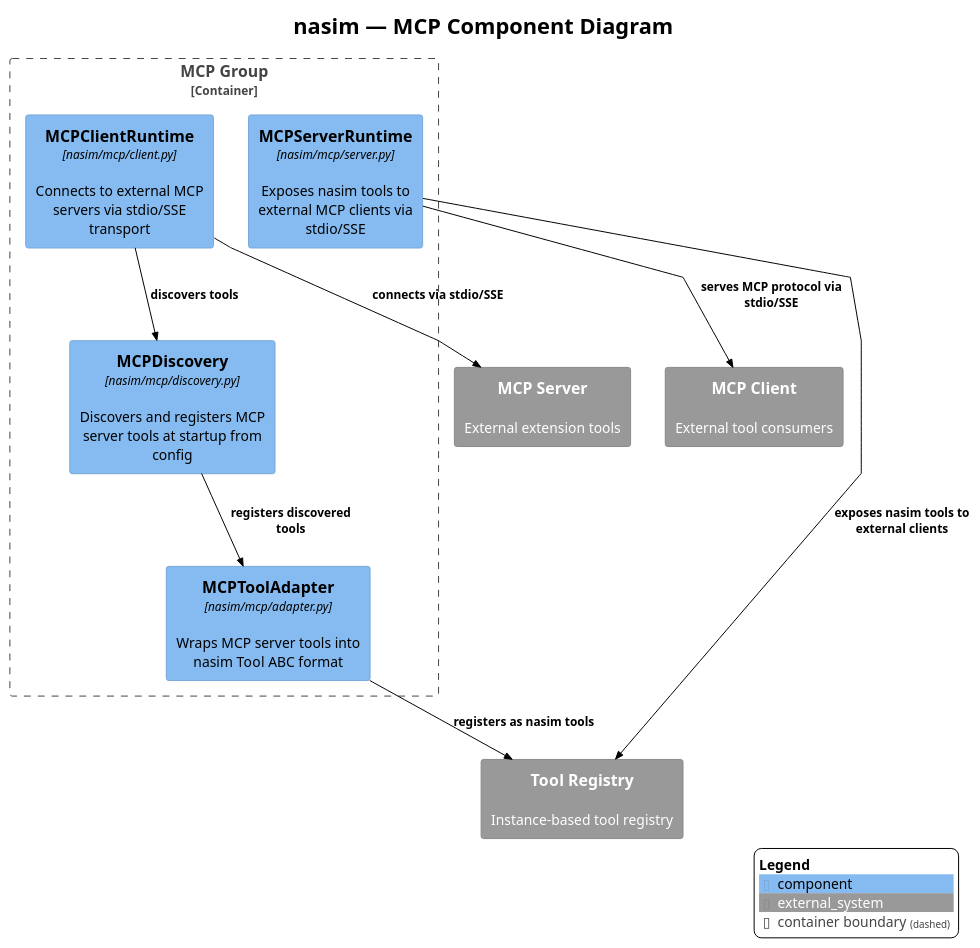
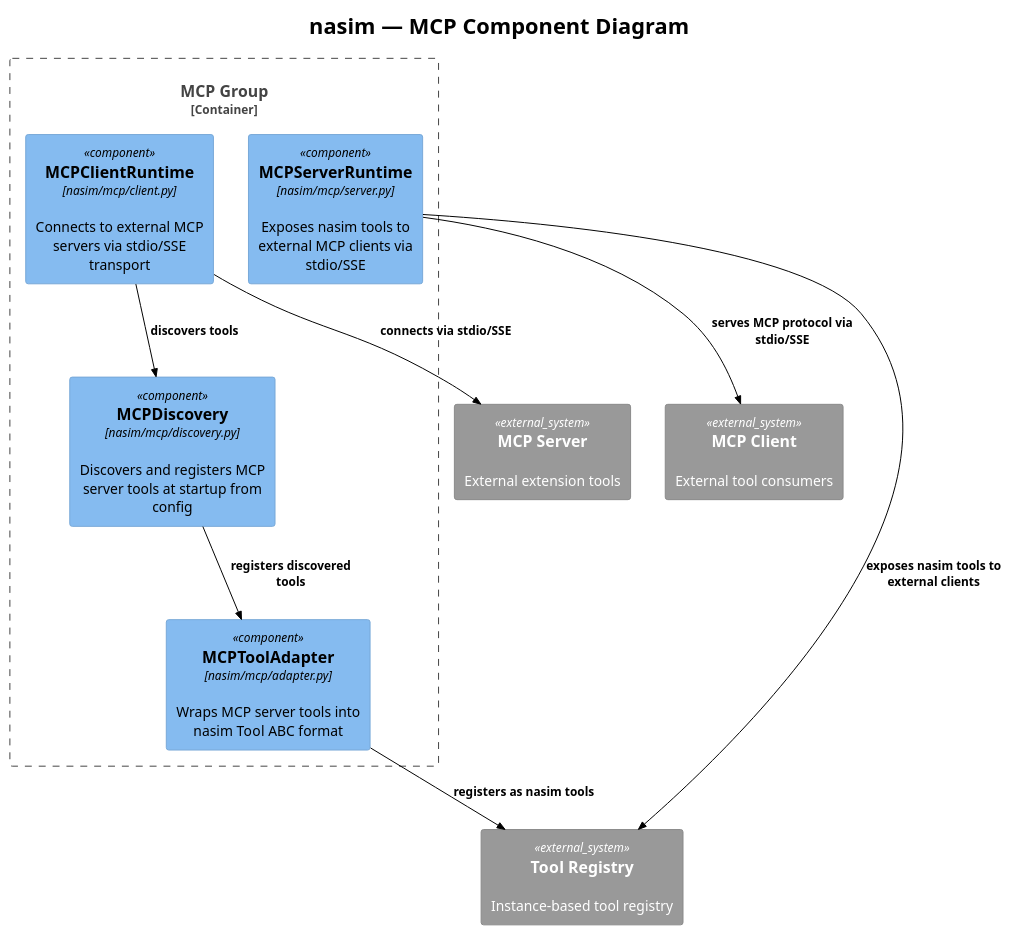
Before and after one commit to salimnamvar/nasim: the diagram in docs/C4/c4_nasim_component_mcp.puml, drawn with PlantUML. The commit also changed 23 other files, not shown here.

First line of the commit message:
docs: Refactor C4 diagrams for nasim architecture

```diff
--- a/docs/C4/c4_nasim_component_mcp.puml
+++ b/docs/C4/c4_nasim_component_mcp.puml
@@ -1,35 +1,35 @@
-!include https://raw.githubusercontent.com/plantuml-stdlib/C4-PlantUML/v2.10.0/C4_Component.puml
+!include https://raw.githubusercontent.com/plantuml-stdlib/C4-PlantUML/master/C4_Component.puml
 !theme plain
-skinparam linetype polyline
+
 
 ' ============================================================
 ' Title:     nasim — MCP Component Diagram
 ' Boundary:  nasim core library — MCP group
 ' Purpose:   Model Context Protocol as first-class subsystem
 ' Milestone: v1.0
 ' Version:   1.0.0
 ' Source:    docs/prompt/p1.md — corrective architecture review
 ' Review:    docs/audit/audit.2026.06.20.comprehensive.reference.audit.md
 ' ============================================================
 
 title nasim — MCP Component Diagram
 
 Container_Boundary(mcp_boundary, "MCP Group") {
     Component(mcp_client_rt, "MCPClientRuntime", "nasim/mcp/client.py", "Connects to external MCP servers via stdio/SSE transport")
     Component(mcp_server_rt, "MCPServerRuntime", "nasim/mcp/server.py", "Exposes nasim tools to external MCP clients via stdio/SSE")
     Component(mcp_tool_adapter, "MCPToolAdapter", "nasim/mcp/adapter.py", "Wraps MCP server tools into nasim Tool ABC format")
     Component(mcp_discovery, "MCPDiscovery", "nasim/mcp/discovery.py", "Discovers and registers MCP server tools at startup from config")
 }
 
 System_Ext(mcp_server, "MCP Server", "External extension tools")
 System_Ext(mcp_client, "MCP Client", "External tool consumers")
 System_Ext(tool_registry, "Tool Registry", "Instance-based tool registry")
 
 Rel(mcp_client_rt, mcp_server, "connects via stdio/SSE")
 Rel(mcp_client_rt, mcp_discovery, "discovers tools")
 Rel(mcp_discovery, mcp_tool_adapter, "registers discovered tools")
 Rel(mcp_tool_adapter, tool_registry, "registers as nasim tools")
 Rel(mcp_server_rt, tool_registry, "exposes nasim tools to external clients")
 Rel(mcp_server_rt, mcp_client, "serves MCP protocol via stdio/SSE")
 
-SHOW_LEGEND()
+@enduml
```
